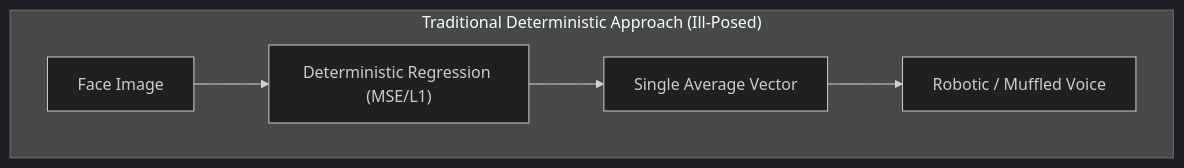
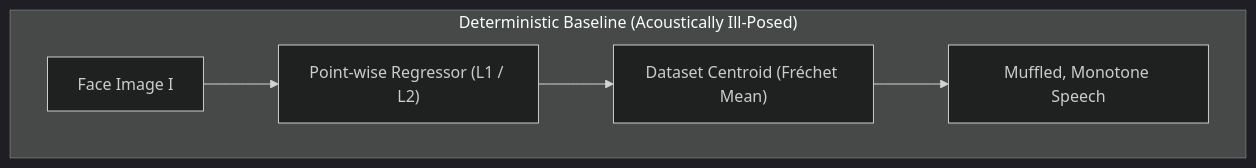
The first of 5 diagrams in README.md (AdityaWagh19/Voix-F2S-System), drawn with Mermaid (dark theme) before and after one commit. The commit also changed other lines of this file, not shown here.

Commit message:
docs: overhaul README with rigorous technical grounding, clean narrative flow, and detailed scientific insights

````diff
--- a/README.md
+++ b/README.md
@@ -34,9 +53,9 @@
 ```mermaid
 flowchart LR
-    subgraph TRAD["Traditional Deterministic Approach (Ill-Posed)"]
+    subgraph TRAD["Deterministic Baseline (Acoustically Ill-Posed)"]
         direction LR
-        F1["Face Image"] --> D1["Deterministic Regression (MSE/L1)"]
-        D1 --> S1["Single Average Vector"]
-        S1 --> V1["Robotic / Muffled Voice"]
+        FACE["Face Image I"] --> REG["Point-wise Regressor (L1 / L2)"]
+        REG --> MEAN["Dataset Centroid (Fréchet Mean)"]
+        MEAN --> ROBOT["Muffled, Monotone Speech"]
     end
 ```
````
